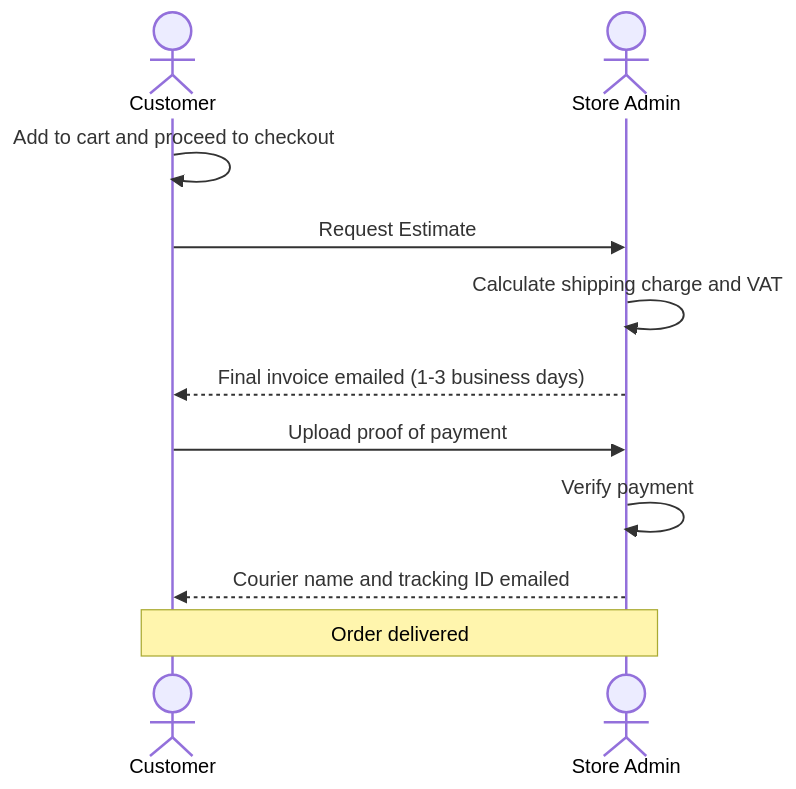
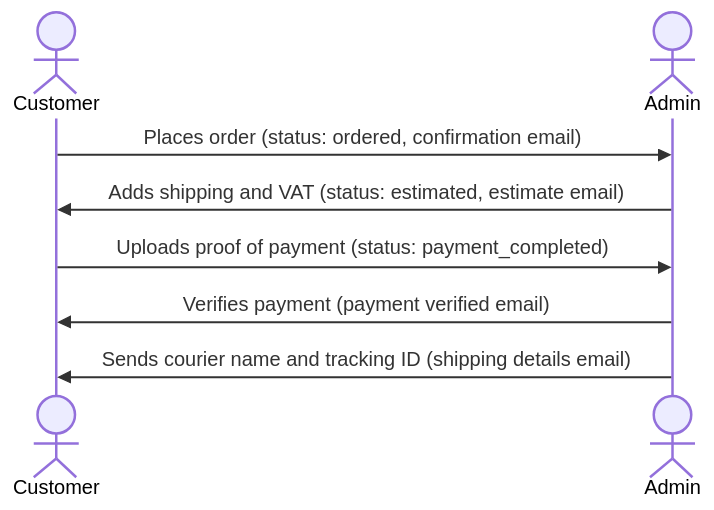
The diagram in README.md (Sabin78910/Ecommerce-Website), drawn with Mermaid before and after one commit. The commit also changed other lines of this file, not shown here.

````diff
--- a/README.md
+++ b/README.md
@@ -169,13 +28,10 @@
 ```mermaid
 sequenceDiagram
     actor C as Customer
-    actor A as Store Admin
-    C->>C: Add to cart and proceed to checkout
-    C->>A: Request Estimate
-    A->>A: Calculate shipping charge and VAT
-    A-->>C: Final invoice emailed (1-3 business days)
-    C->>A: Upload proof of payment
-    A->>A: Verify payment
-    A-->>C: Courier name and tracking ID emailed
-    Note over C,A: Order delivered
+    actor A as Admin
+    C->>A: Places order (status: ordered, confirmation email)
+    A->>C: Adds shipping and VAT (status: estimated, estimate email)
+    C->>A: Uploads proof of payment (status: payment_completed)
+    A->>C: Verifies payment (payment verified email)
+    A->>C: Sends courier name and tracking ID (shipping details email)
 ```
````
